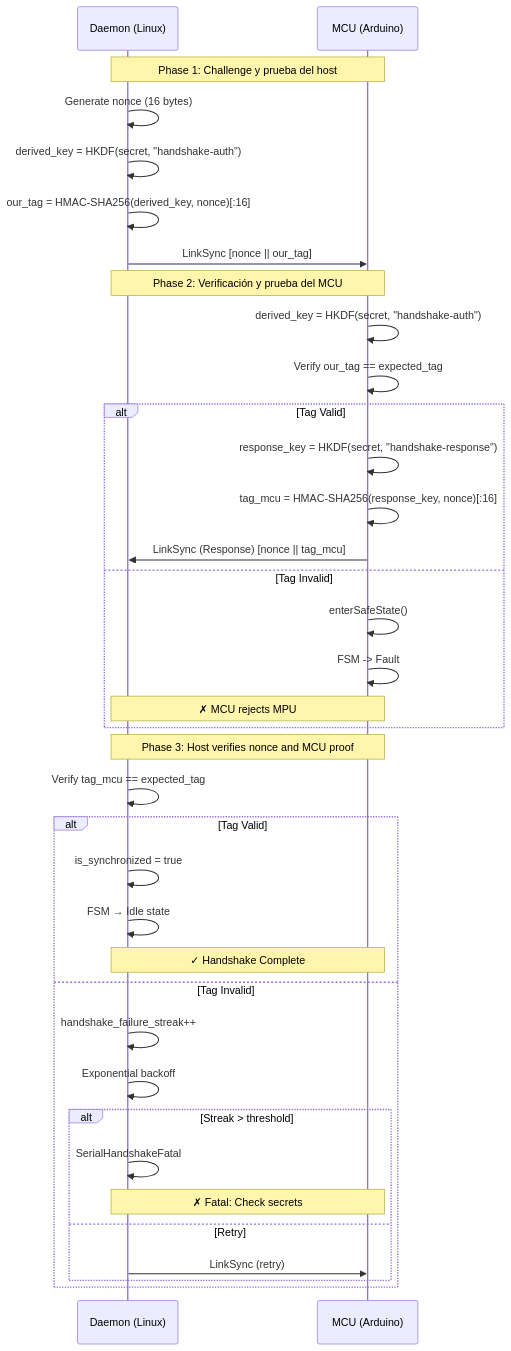
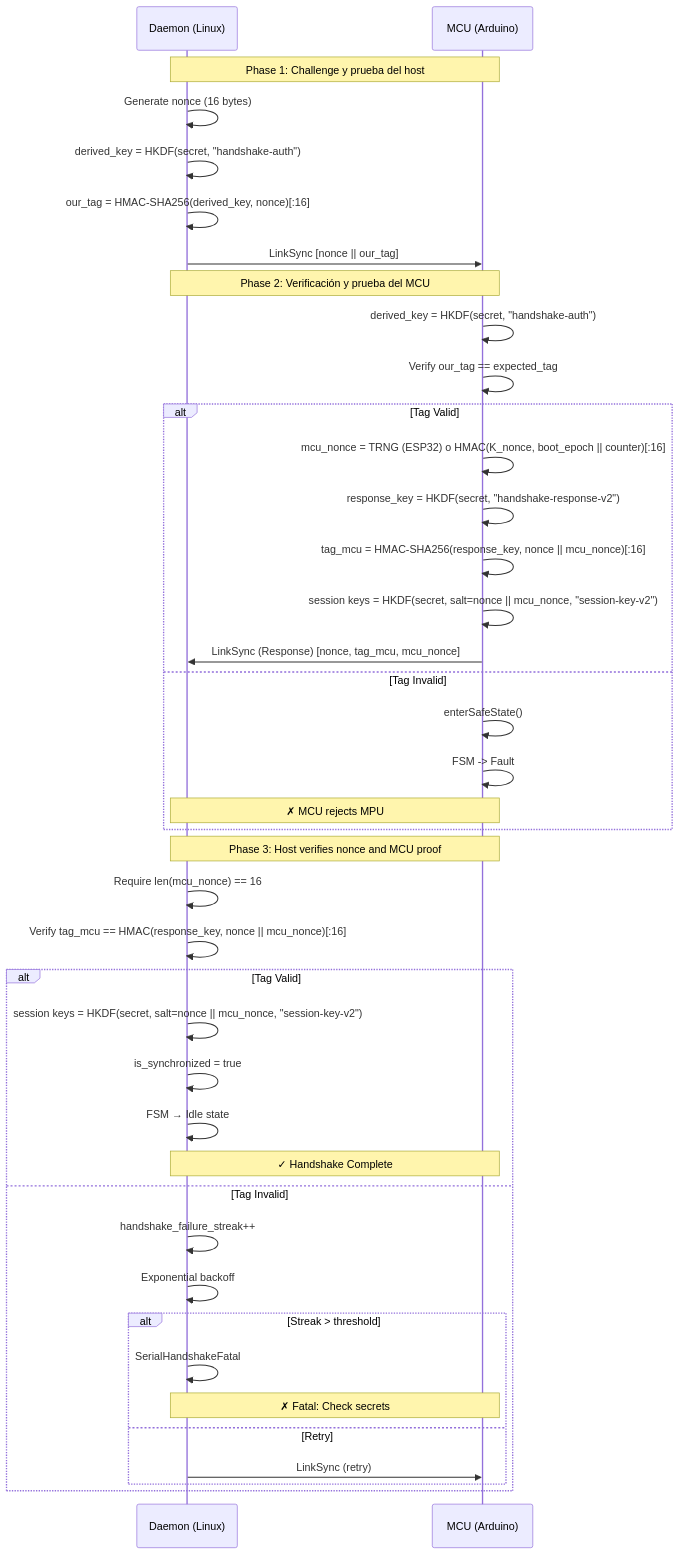
Before and after one commit to isantolin/arduino-yun-bridge2: the diagram in docs/PROTOCOL.md, drawn with Mermaid. The commit also changed other lines of this file and 3 other files, not shown here.

First line of the commit message:
docs: describe link handshake v2 (ADR-0005) as implemented

````diff
--- a/docs/PROTOCOL.md
+++ b/docs/PROTOCOL.md
@@ -553,42 +555,46 @@
 ```mermaid
 sequenceDiagram
     participant D as Daemon (Linux)
     participant M as MCU (Arduino)
 
     Note over D,M: Phase 1: Challenge y prueba del host
     D->>D: Generate nonce (16 bytes)
     D->>D: derived_key = HKDF(secret, "handshake-auth")
     D->>D: our_tag = HMAC-SHA256(derived_key, nonce)[:16]
     D->>M: LinkSync [nonce || our_tag]
 
     Note over D,M: Phase 2: Verificación y prueba del MCU
     M->>M: derived_key = HKDF(secret, "handshake-auth")
     M->>M: Verify our_tag == expected_tag
     
     alt Tag Valid
-        M->>M: response_key = HKDF(secret, "handshake-response")
-        M->>M: tag_mcu = HMAC-SHA256(response_key, nonce)[:16]
-        M->>D: LinkSync (Response) [nonce || tag_mcu]
+        M->>M: mcu_nonce = TRNG (ESP32) o HMAC(K_nonce, boot_epoch || counter)[:16]
+        M->>M: response_key = HKDF(secret, "handshake-response-v2")
+        M->>M: tag_mcu = HMAC-SHA256(response_key, nonce || mcu_nonce)[:16]
+        M->>M: session keys = HKDF(secret, salt=nonce || mcu_nonce, "session-key-v2")
+        M->>D: LinkSync (Response) [nonce, tag_mcu, mcu_nonce]
     else Tag Invalid
         M->>M: enterSafeState()
         M->>M: FSM -> Fault
         Note over D,M: ✗ MCU rejects MPU
     end
 
     Note over D,M: Phase 3: Host verifies nonce and MCU proof
-    D->>D: Verify tag_mcu == expected_tag
+    D->>D: Require len(mcu_nonce) == 16
+    D->>D: Verify tag_mcu == HMAC(response_key, nonce || mcu_nonce)[:16]
     alt Tag Valid
+        D->>D: session keys = HKDF(secret, salt=nonce || mcu_nonce, "session-key-v2")
         D->>D: is_synchronized = true
         D->>D: FSM → Idle state
         Note over D,M: ✓ Handshake Complete
     else Tag Invalid
         D->>D: handshake_failure_streak++
         D->>D: Exponential backoff
         alt Streak > threshold
             D->>D: SerialHandshakeFatal
             Note over D,M: ✗ Fatal: Check secrets
         else Retry
             D->>M: LinkSync (retry)
         end
     end
 ```
````
